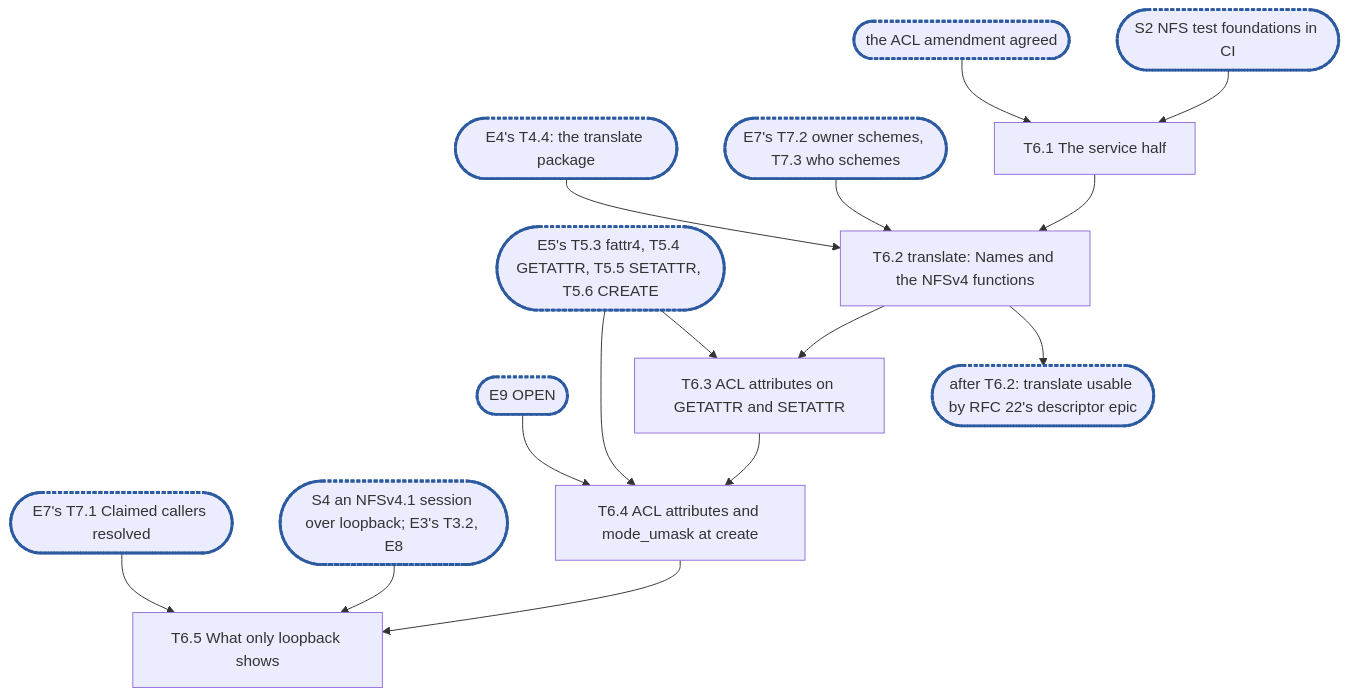
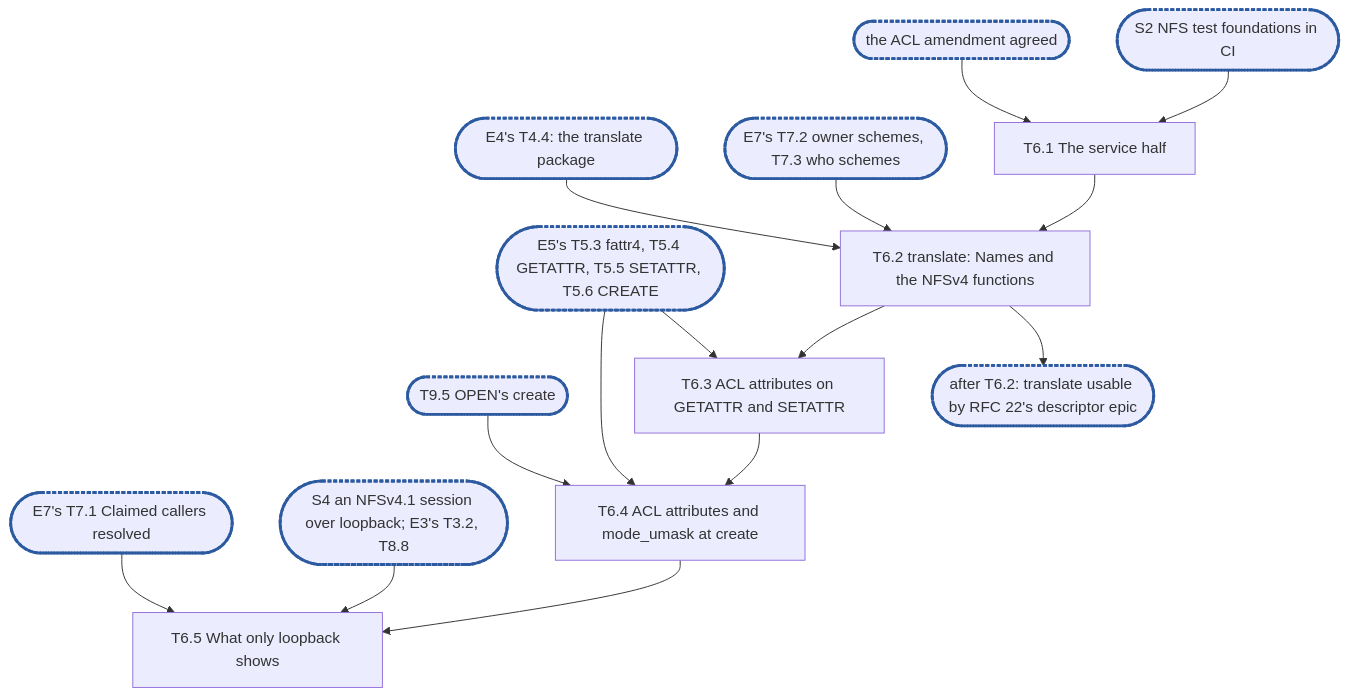
One commit to cubbit/dittofs changed the diagram in .planning/rfc-21-nfs-epic6.md. Above: the diagram before and after it, drawn with Mermaid. The commit also changed other lines of this file, not shown here.

````diff
--- a/.planning/rfc-21-nfs-epic6.md
+++ b/.planning/rfc-21-nfs-epic6.md
@@ -649,18 +650,18 @@
 ```mermaid
 flowchart TD
   S2(["S2 NFS test foundations in CI"]):::sync
   AM(["the ACL amendment agreed"]):::sync
   E4(["E4's T4.4: the translate package"]):::sync
   E7(["E7's T7.2 owner schemes, T7.3 who schemes"]):::sync
   T7_1(["E7's T7.1 Claimed callers resolved"]):::sync
   E5(["E5's T5.3 fattr4, T5.4 GETATTR, T5.5 SETATTR, T5.6 CREATE"]):::sync
-  E9(["E9 OPEN"]):::sync
-  S4(["S4 an NFSv4.1 session over loopback; E3's T3.2, E8"]):::sync
+  E9(["T9.5 OPEN's create"]):::sync
+  S4(["S4 an NFSv4.1 session over loopback; E3's T3.2, T8.8"]):::sync
   S2 & AM --> T6_1["T6.1 The service half"]
   T6_1 & E4 & E7 --> T6_2["T6.2 translate: Names and the NFSv4 functions"]
   T6_2 --> C1(["after T6.2: translate usable by RFC 22's descriptor epic"]):::sync
   T6_2 & E5 --> T6_3["T6.3 ACL attributes on GETATTR and SETATTR"]
   T6_3 & E5 & E9 --> T6_4["T6.4 ACL attributes and mode_umask at create"]
   T6_4 & S4 & T7_1 --> T6_5["T6.5 What only loopback shows"]
   classDef sync stroke:#2c5aa0,stroke-width:3px,stroke-dasharray:4 2
 ```
````
